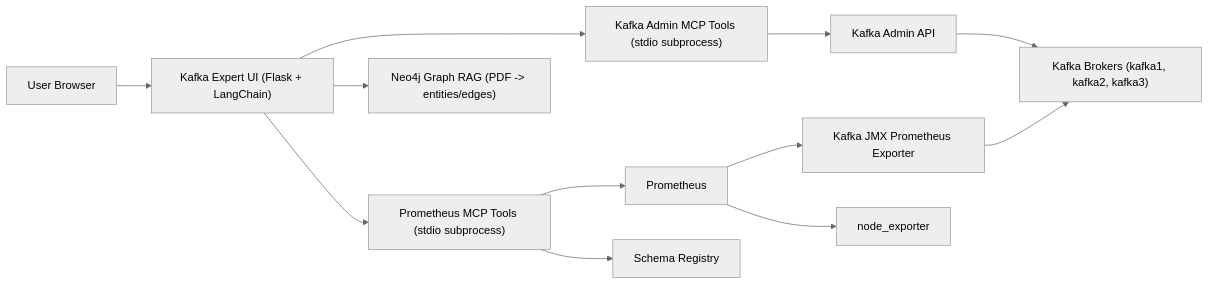
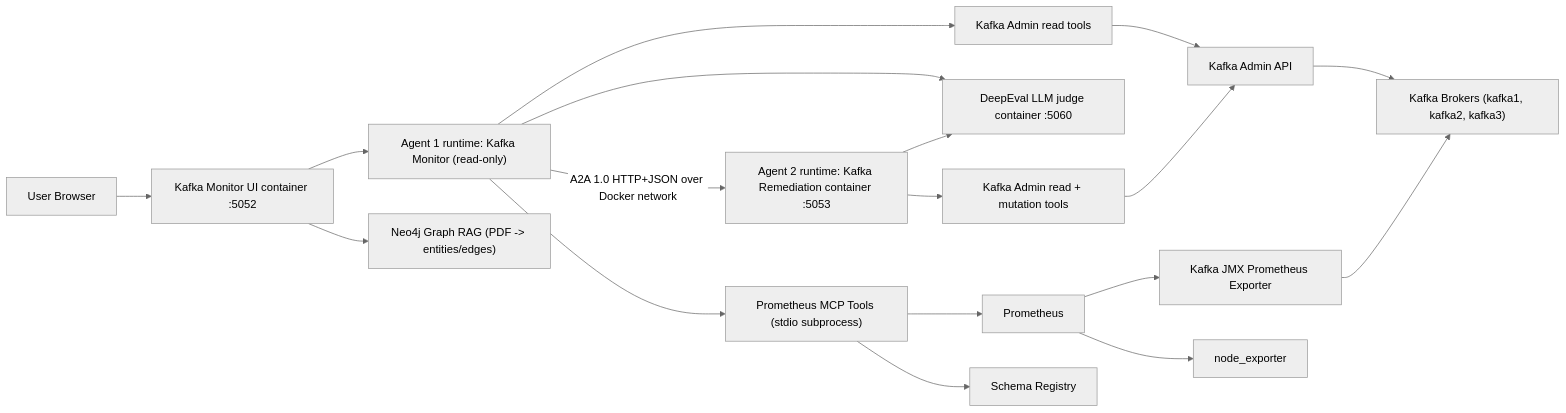
Before and after one commit to data-blitz-demos/aagentic-kafka-expert-demo-: the diagram in README.md, drawn with Mermaid (neutral theme). The commit also changed other lines of this file and 20 other files, not shown here.

Commit message:
Add isolated A2A remediation agent and LLM provisioning UIs

````diff
--- a/README.md
+++ b/README.md
@@ -79,14 +108,20 @@
 ```mermaid
 flowchart LR
-  U["User Browser"] --> KX["Kafka Expert UI (Flask + LangChain)"]
-  KX --> PMCP["Prometheus MCP Tools (stdio subprocess)"]
-  KX --> AMCP["Kafka Admin MCP Tools (stdio subprocess)"]
+  U["User Browser"] --> KX["Kafka Monitor UI container :5052"]
+  KX --> MON["Agent 1 runtime: Kafka Monitor (read-only)"]
+  MON --> PMCP["Prometheus MCP Tools (stdio subprocess)"]
+  MON --> RAMCP["Kafka Admin read tools"]
+  MON -->|"A2A 1.0 HTTP+JSON over Docker network"| REM["Agent 2 runtime: Kafka Remediation container :5053"]
+  MON --> JUDGE["DeepEval LLM judge container :5060"]
+  REM --> JUDGE
+  REM --> AMCP["Kafka Admin read + mutation tools"]
   KX --> N4J["Neo4j Graph RAG (PDF -> entities/edges)"]
   PMCP --> P["Prometheus"]
   PMCP --> SR["Schema Registry"]
-  AMCP --> K["Kafka Admin API"]
+  RAMCP --> K["Kafka Admin API"]
+  AMCP --> K
   K --> B["Kafka Brokers (kafka1, kafka2, kafka3)"]
   P --> J["Kafka JMX Prometheus Exporter"]
   P --> N["node_exporter"]
   J --> B
 ```
````
